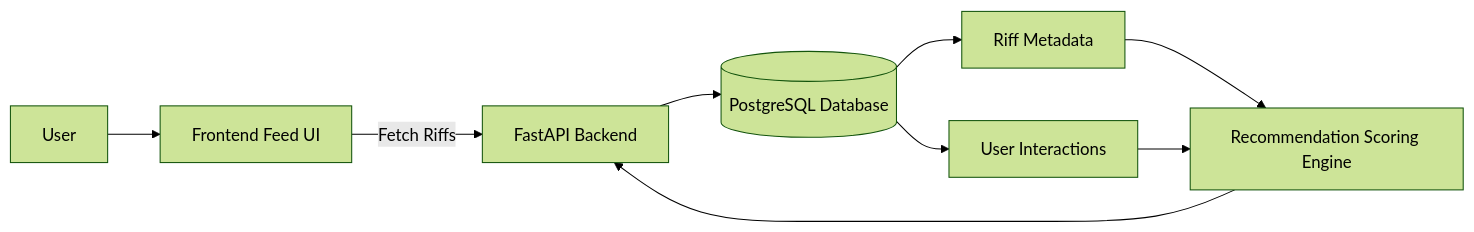
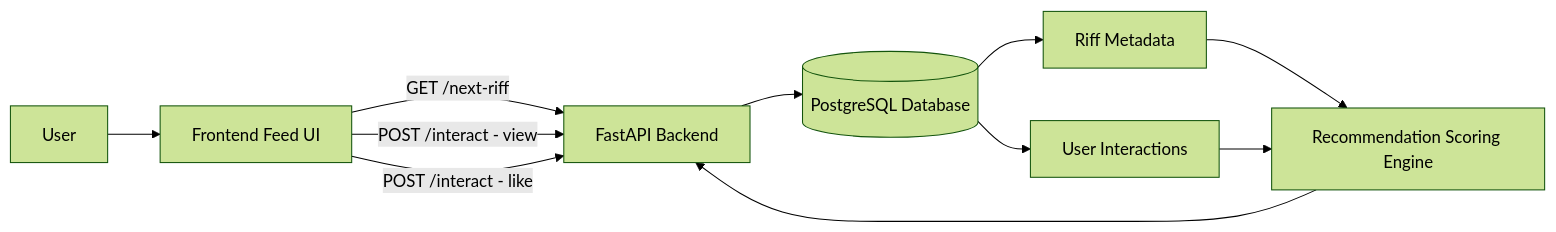
Before and after one commit to Zachwm/riffly: the first of 4 diagrams in README.md, drawn with Mermaid (forest theme). The commit also changed other lines of this file, not shown here.

````diff
--- a/README.md
+++ b/README.md
@@ -55,16 +53,18 @@
 ```mermaid
 flowchart LR
     U[User] --> F[Frontend Feed UI]
 
-    F -->|Fetch Riffs| A[FastAPI Backend]
+    F -->|GET /next-riff| A[FastAPI Backend]
+    F -->|POST /interact - view| A
+    F -->|POST /interact - like| A
 
     A --> D[(PostgreSQL Database)]
 
     D --> R[Riff Metadata]
     D --> I[User Interactions]
 
     R --> S[Recommendation Scoring Engine]
     I --> S
 
     S --> A
 ```
````
